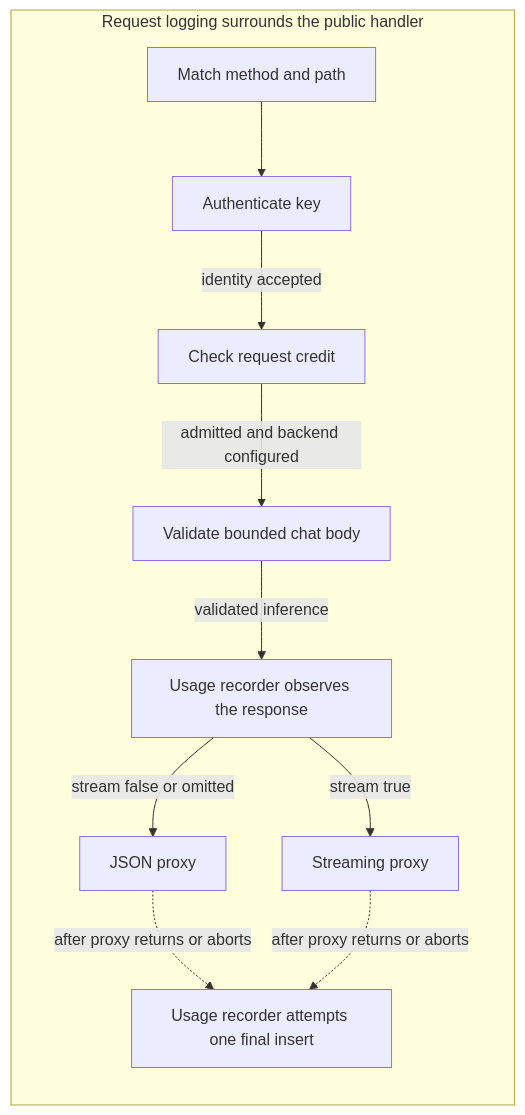
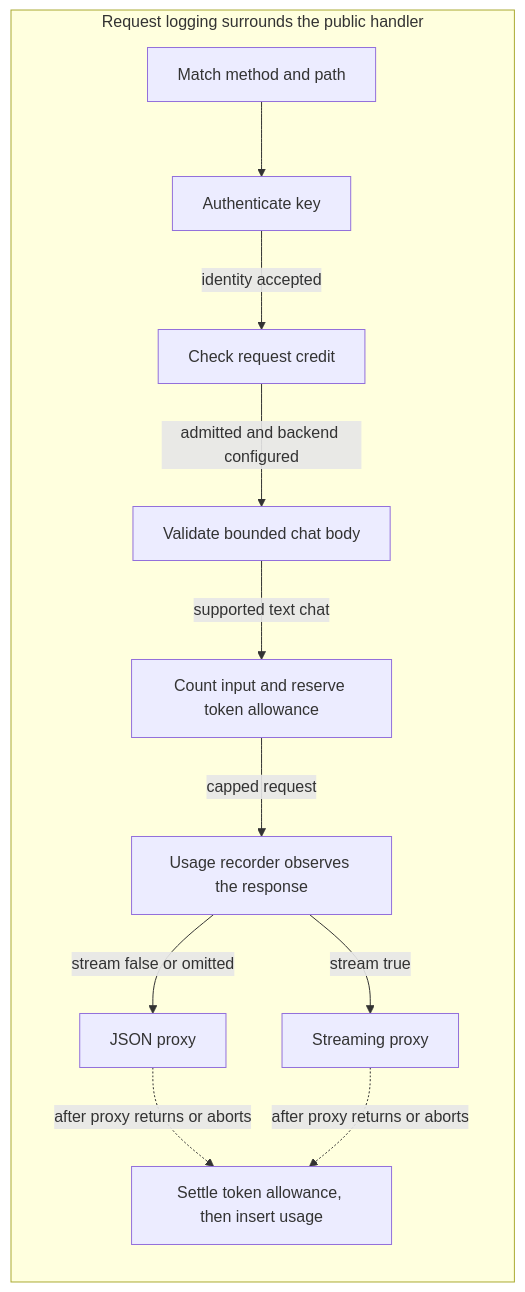
One commit to TheRealShek/llmgate changed the diagram in docs/architecture.md. Above: the diagram before and after it, drawn with Mermaid. The commit also changed other lines of this file and 28 other files, not shown here.

````diff
--- a/docs/architecture.md
+++ b/docs/architecture.md
@@ -17,14 +17,15 @@
 ```mermaid
 flowchart TD
     subgraph Logged[Request logging surrounds the public handler]
         direction TD
         Routes[Match method and path] --> Auth[Authenticate key]
         Auth -->|identity accepted| Rate[Check request credit]
         Rate -->|admitted and backend configured| Chat[Validate bounded chat body]
-        Chat -->|validated inference| Usage[Usage recorder observes the response]
+        Chat -->|supported text chat| Quota[Count input and reserve token allowance]
+        Quota -->|capped request| Usage[Usage recorder observes the response]
         Usage -->|stream false or omitted| JSON[JSON proxy]
         Usage -->|stream true| SSE[Streaming proxy]
-        JSON -.->|after proxy returns or aborts| Finalize[Usage recorder attempts one final insert]
+        JSON -.->|after proxy returns or aborts| Finalize[Settle token allowance, then insert usage]
         SSE -.->|after proxy returns or aborts| Finalize
     end
 ```
````
